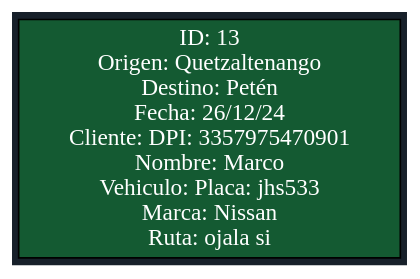
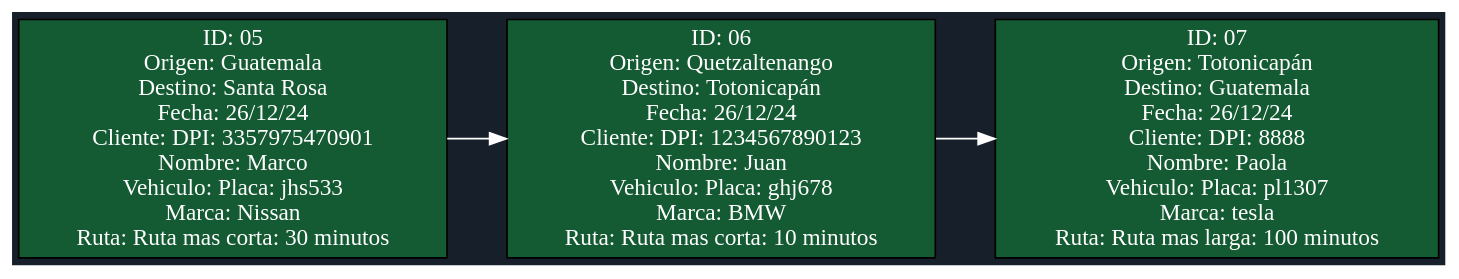
One commit to Marco131-xel/Edd_Proyecto2 changed the diagram in Rapidito/Lista_Viajes.dot. Above: the diagram before and after it, drawn with Graphviz. The commit also changed 22 other files, not shown here.

```diff
--- a/Rapidito/Lista_Viajes.dot
+++ b/Rapidito/Lista_Viajes.dot
@@ -1,7 +1,11 @@
 digraph G {
 rankdir=LR;
 bgcolor="#17202a";
 node [shape=record, style=filled, fillcolor="#145a32", fontcolor="white"];
 edge [color="white"];
-nodo0 [label="ID: 13\nOrigen: Quetzaltenango\nDestino: Petén\nFecha: 26/12/24\nCliente: DPI: 3357975470901\nNombre:  Marco\nVehiculo: Placa: jhs533\nMarca: Nissan\nRuta: ojala si"];
+nodo0 [label="ID: 05\nOrigen: Guatemala\nDestino: Santa Rosa\nFecha: 26/12/24\nCliente: DPI: 3357975470901\nNombre:  Marco\nVehiculo: Placa: jhs533\nMarca: Nissan\nRuta: Ruta mas corta: 30 minutos"];
+nodo1 [label="ID: 06\nOrigen: Quetzaltenango\nDestino: Totonicapán\nFecha: 26/12/24\nCliente: DPI: 1234567890123\nNombre:  Juan\nVehiculo: Placa: ghj678\nMarca: BMW\nRuta: Ruta mas corta: 10 minutos"];
+nodo2 [label="ID: 07\nOrigen: Totonicapán\nDestino: Guatemala\nFecha: 26/12/24\nCliente: DPI: 8888\nNombre: Paola\nVehiculo: Placa: pl1307\nMarca: tesla\nRuta: Ruta mas larga: 100 minutos"];
+nodo0 -> nodo1;
+nodo1 -> nodo2;
 }
```
